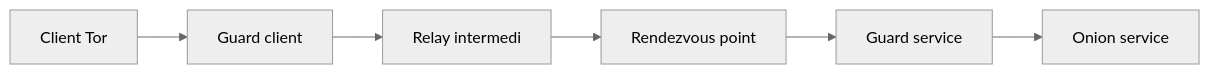
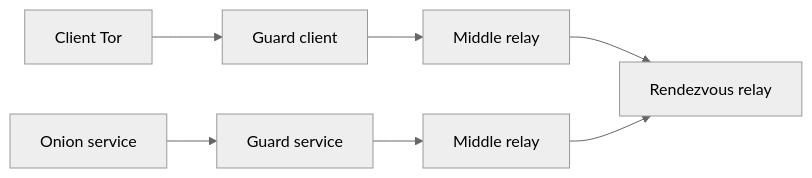
Before and after one commit to danielcarpitella/tor-network-security-project: the second of 2 diagrams in docs/PROJECT_PLAN.md, drawn with Mermaid (neutral theme). The commit also changed other lines of this file and 10 other files, not shown here.

````diff
--- a/docs/PROJECT_PLAN.md
+++ b/docs/PROJECT_PLAN.md
@@ -59,8 +69,9 @@
 ```mermaid
 flowchart LR
     clientOnion["Client Tor"] --> guardClientOnion["Guard client"]
-    guardClientOnion --> middleOnion["Relay intermedi"]
-    middleOnion --> rendezvous["Rendezvous point"]
-    rendezvous --> guardService["Guard service"]
-    guardService --> onionService["Onion service"]
+    guardClientOnion --> middleClient["Middle relay"]
+    middleClient --> rendezvous["Rendezvous relay"]
+    onionService["Onion service"] --> guardService["Guard service"]
+    guardService --> middleService["Middle relay"]
+    middleService --> rendezvous
 ```
````
